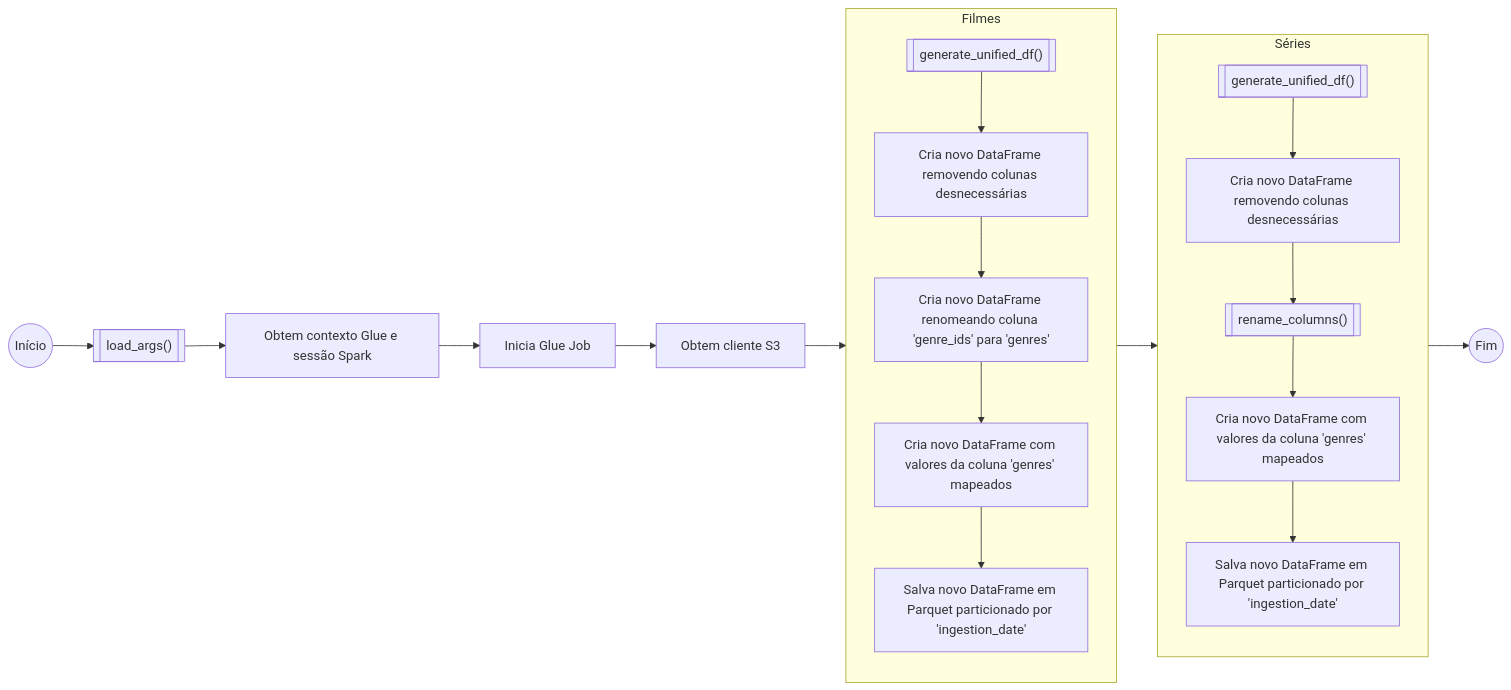
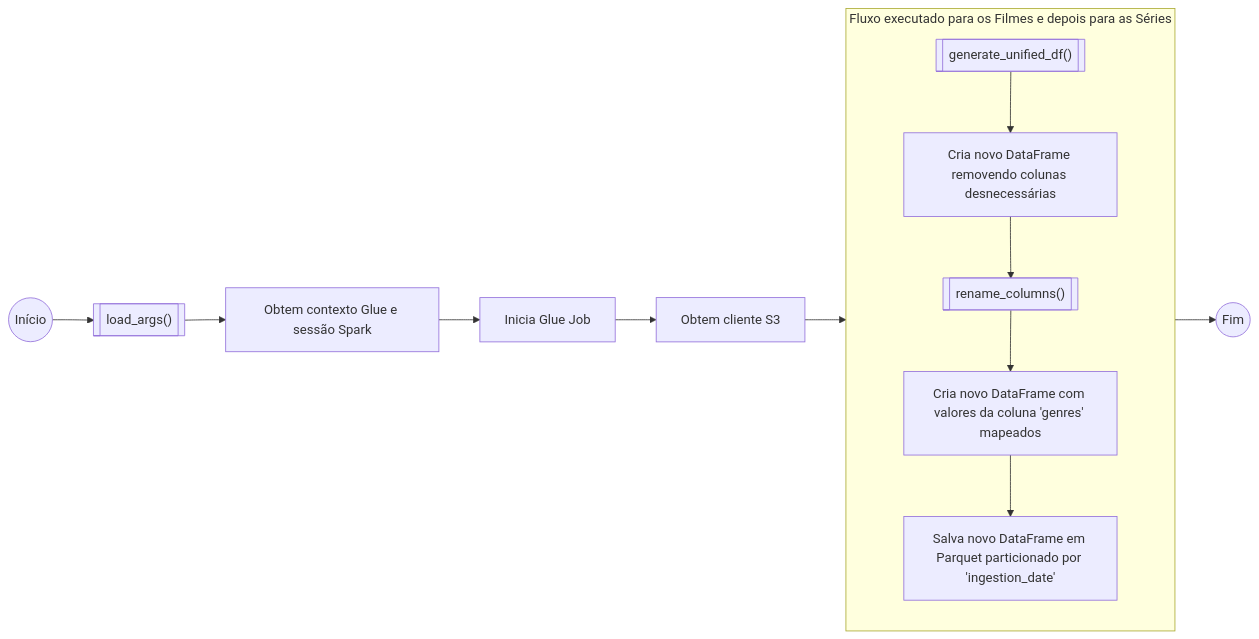
One commit to GustavCampos/Programa-de-bolsas-Compasso changed the seventh of 7 diagrams in Sprint 8/Desafios/README.md. Above: the diagram before and after it, drawn with Mermaid. The commit also changed other lines of this file and 2 other files, not shown here.

Commit message:
Commit to merge sprint-8-deb

````diff
--- a/Sprint 8/Desafios/README.md
+++ b/Sprint 8/Desafios/README.md
@@ -290,48 +290,32 @@
 ```mermaid
 flowchart LR
     start((Início))
     flow_end((Fim))
     load_params[["load_args()"]]
     ctx[Obtem contexto Glue e sessão Spark]
     job_init[Inicia Glue Job]
     s3_client[Obtem cliente S3]
 
     start --> load_params
     load_params --> ctx
     ctx --> job_init
     job_init --> s3_client
 
-    subgraph movie["Filmes"]
+    subgraph movie["Fluxo executado para os Filmes e depois para as Séries"]
         direction TB
 
         get_df[["generate_unified_df()"]]
         drop_col[Cria novo DataFrame removendo colunas desnecessárias]
-        rename_g[Cria novo DataFrame renomeando coluna 'genre_ids' para 'genres']
+        rename_g[["rename_columns()"]]
         map[Cria novo DataFrame com valores da coluna 'genres' mapeados]
         save["Salva novo DataFrame em Parquet particionado por 'ingestion_date'"]
 
         get_df --> drop_col
         drop_col --> rename_g
         rename_g --> map
         map --> save
     end
 
-    subgraph series["Séries"]
-        direction TB
-
-        s_get_df[["generate_unified_df()"]]
-        s_drop_col[Cria novo DataFrame removendo colunas desnecessárias]
-        s_rename_g[["rename_columns()"]]
-        s_map[Cria novo DataFrame com valores da coluna 'genres' mapeados]
-        s_save["Salva novo DataFrame em Parquet particionado por 'ingestion_date'"]
-
-        s_get_df --> s_drop_col
-        s_drop_col --> s_rename_g
-        s_rename_g --> s_map
-        s_map --> s_save
-    end
-
     s3_client --> movie
-    movie --> series
-    series --> flow_end
+    movie --> flow_end
 ```
````
